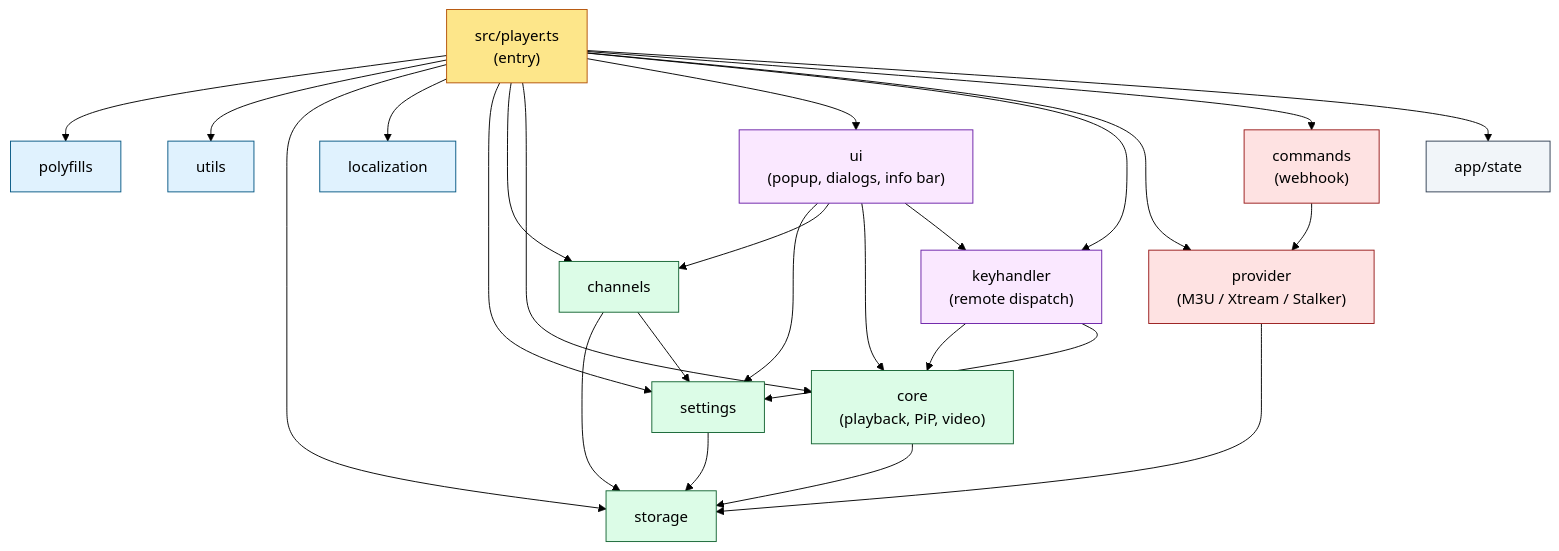
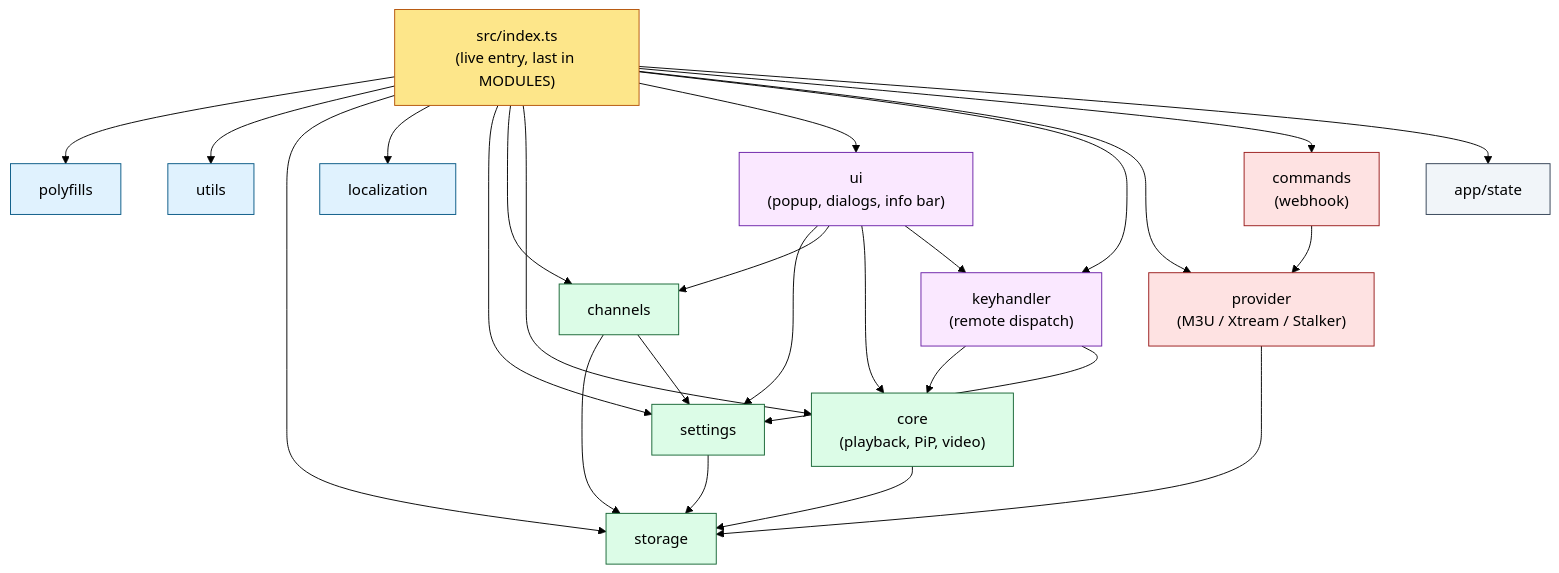
The third of 17 diagrams in .github/docs/system-architecture.md (open-ott-play/ottplay-foss), drawn with Mermaid (forest theme) before and after one commit. The commit also changed other lines of this file and 6 other files, not shown here.

````diff
--- a/.github/docs/system-architecture.md
+++ b/.github/docs/system-architecture.md
@@ -96,49 +96,49 @@
 ```mermaid
 flowchart TB
-    Entry["src/player.ts<br/>(entry)"]:::entry
+    Entry["src/index.ts<br/>(live entry, last in MODULES)"]:::entry
     Polyfills["polyfills"]:::leaf
     Utils["utils"]:::leaf
     Storage["storage"]:::core
     Localization["localization"]:::leaf
     Settings["settings"]:::core
     Channels["channels"]:::core
     Core["core<br/>(playback, PiP, video)"]:::core
     UI["ui<br/>(popup, dialogs, info bar)"]:::ui
     Key["keyhandler<br/>(remote dispatch)"]:::ui
     Prov["provider<br/>(M3U / Xtream / Stalker)"]:::ext
     Cmd["commands<br/>(webhook)"]:::ext
     App["app/state"]:::state
 
     Entry --> Polyfills
     Entry --> Utils
     Entry --> Storage
     Entry --> Localization
     Entry --> Settings
     Entry --> Channels
     Entry --> Core
     Entry --> UI
     Entry --> Key
     Entry --> Prov
     Entry --> Cmd
     Entry --> App
 
     UI --> Settings
     UI --> Channels
     UI --> Core
     UI --> Key
     Key --> Core
     Key --> Settings
     Channels --> Storage
     Channels --> Settings
     Core --> Storage
     Settings --> Storage
     Prov --> Storage
     Cmd --> Prov
 
     classDef entry fill:#fde68a,stroke:#b45309
     classDef leaf fill:#e0f2fe,stroke:#075985
     classDef core fill:#dcfce7,stroke:#166534
     classDef ui fill:#fae8ff,stroke:#6b21a8
     classDef ext fill:#fee2e2,stroke:#991b1b
     classDef state fill:#f1f5f9,stroke:#334155
 ```
````
